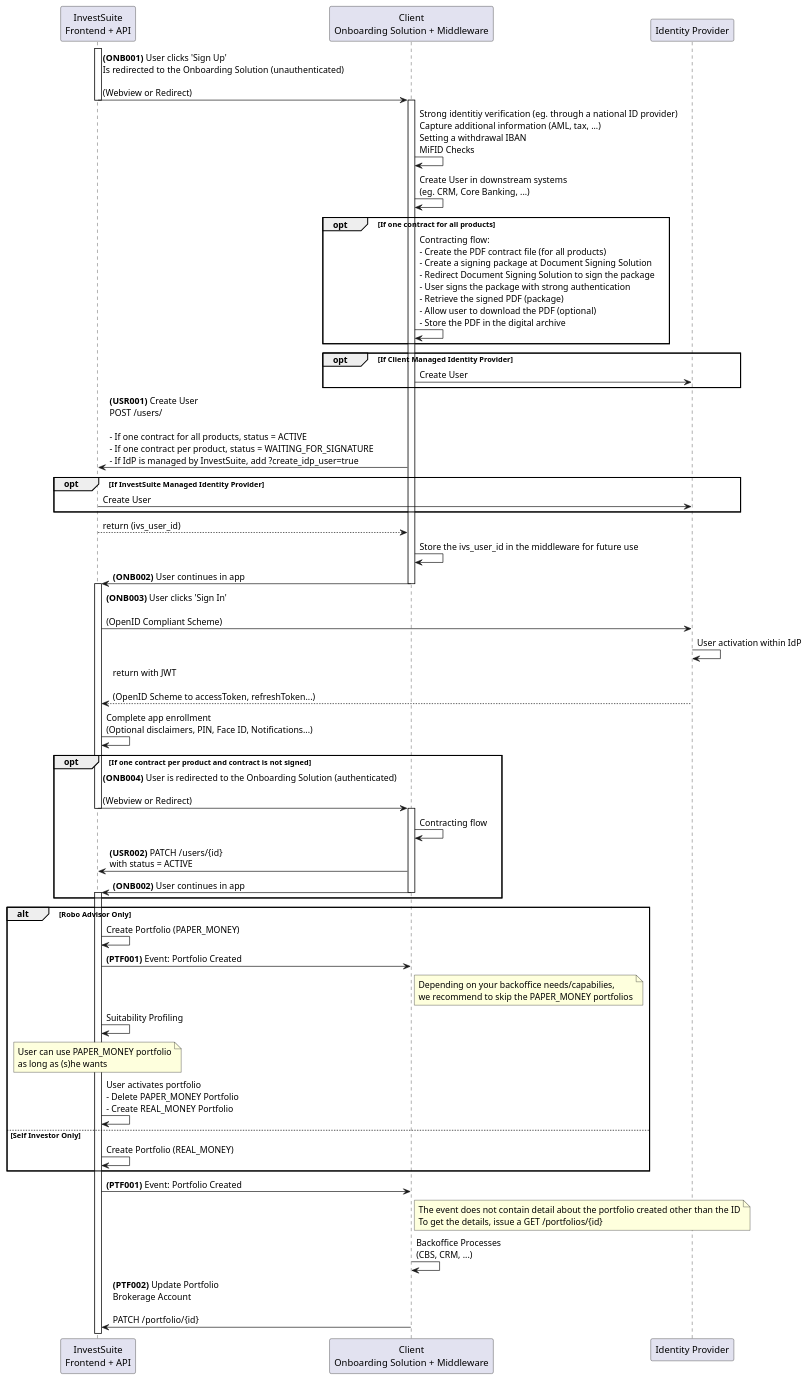
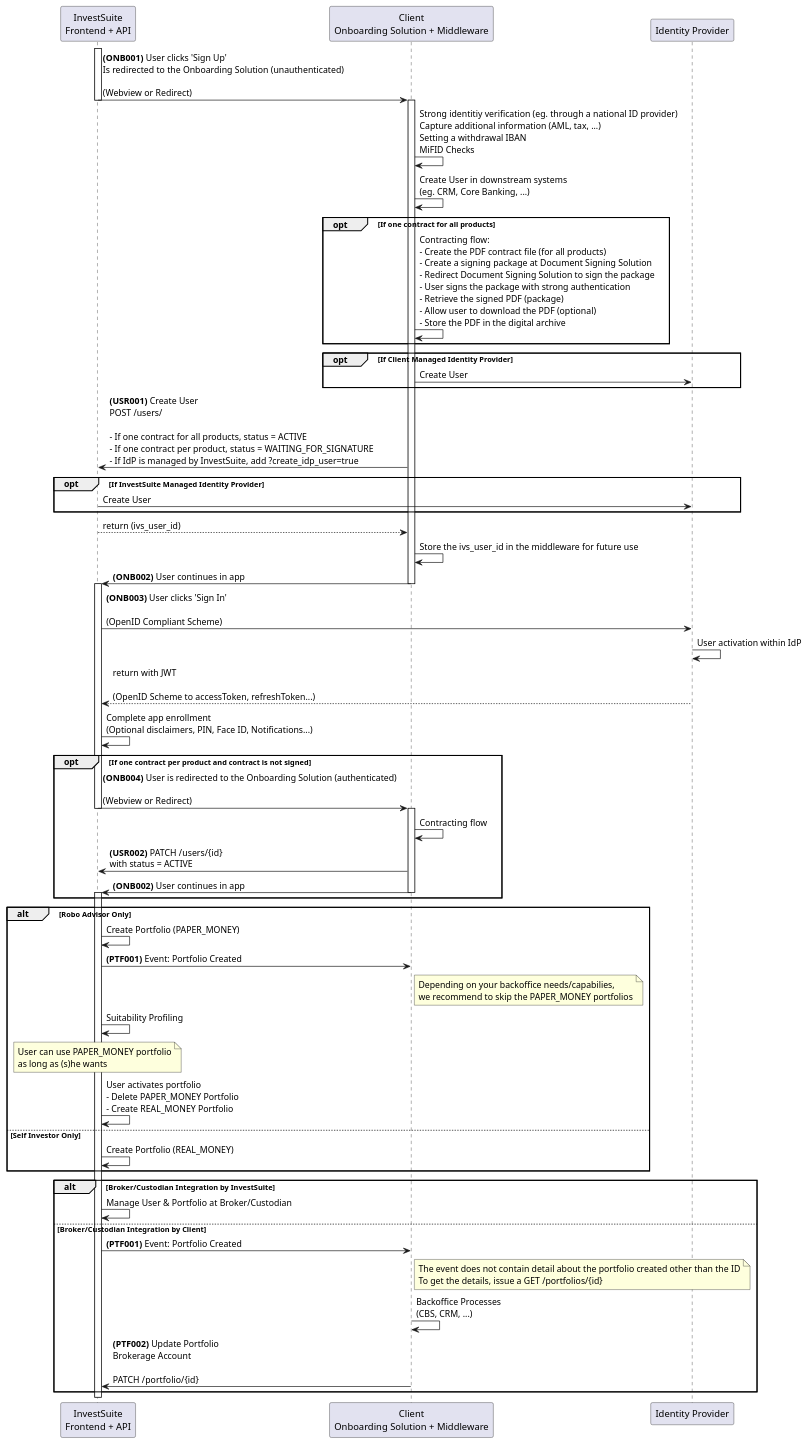
One commit to arcilli/investsuite-api-docs changed the diagram in scenarios/onboarding.puml. Above: the diagram before and after it, drawn with PlantUML. The commit also changed other lines of this file and 4 other files, not shown here.

```diff
--- a/scenarios/onboarding.puml
+++ b/scenarios/onboarding.puml
@@ -1,77 +1,80 @@
 participant "InvestSuite\nFrontend + API" as _ivs
 participant "Client\nOnboarding Solution + Middleware" as _clt
 participant "Identity Provider" as _idp
 
 activate _ivs
 
 _ivs->_clt:**(ONB001)** User clicks 'Sign Up'\nIs redirected to the Onboarding Solution (unauthenticated)\n\n(Webview or Redirect)
 
 deactivate _ivs
 
 activate _clt
 
 _clt->_clt:Strong identitiy verification (eg. through a national ID provider)\nCapture additional information (AML, tax, ...)\nSetting a withdrawal IBAN\nMiFID Checks
 _clt->_clt:Create User in downstream systems\n(eg. CRM, Core Banking, ...)
 
 opt If one contract for all products
     _clt->_clt:Contracting flow:\n- Create the PDF contract file (for all products)\n- Create a signing package at Document Signing Solution\n- Redirect Document Signing Solution to sign the package\n- User signs the package with strong authentication\n- Retrieve the signed PDF (package)\n- Allow user to download the PDF (optional)\n- Store the PDF in the digital archive
 end
 
 opt If Client Managed Identity Provider
     _clt->_idp:Create User
 end
 
 _clt->_ivs:**(USR001)** Create User\nPOST /users/\n\n- If one contract for all products, status = ACTIVE\n- If one contract per product, status = WAITING_FOR_SIGNATURE\n- If IdP is managed by InvestSuite, add ?create_idp_user=true
 
 opt If InvestSuite Managed Identity Provider
     _ivs->_idp:Create User
 end
 
 _clt<--_ivs:return (ivs_user_id)
 _clt->_clt:Store the ivs_user_id in the middleware for future use
 _ivs<-_clt:**(ONB002)** User continues in app
 
 deactivate _clt
 activate _ivs
 
 _ivs->_idp:**(ONB003)** User clicks 'Sign In'\n\n(OpenID Compliant Scheme)
 
 _idp->_idp:User activation within IdP
 
 _ivs<--_idp:return with JWT\n\n(OpenID Scheme to accessToken, refreshToken...)
 
 _ivs->_ivs:Complete app enrollment\n(Optional disclaimers, PIN, Face ID, Notifications...)
 
 opt If one contract per product and contract is not signed
 
 
 _ivs->_clt:**(ONB004)** User is redirected to the Onboarding Solution (authenticated)\n\n(Webview or Redirect)
 deactivate _ivs
 activate _clt
 _clt->_clt:Contracting flow
 _ivs<-_clt:**(USR002)** PATCH /users/{id}\nwith status = ACTIVE
 
 _ivs<-_clt:**(ONB002)** User continues in app
 deactivate _clt
 activate _ivs
 end
 
 
 
 alt Robo Advisor Only
-_ivs->_ivs:Create Portfolio (PAPER_MONEY)
-_ivs->_clt:**(PTF001)** Event: Portfolio Created
-note right of _clt:Depending on your backoffice needs/capabilies, \nwe recommend to skip the PAPER_MONEY portfolios
-_ivs->_ivs:Suitability Profiling
-note over _ivs:User can use PAPER_MONEY portfolio\nas long as (s)he wants
-_ivs->_ivs:User activates portfolio\n- Delete PAPER_MONEY Portfolio\n- Create REAL_MONEY Portfolio
-
+    _ivs->_ivs:Create Portfolio (PAPER_MONEY)
+    _ivs->_clt:**(PTF001)** Event: Portfolio Created
+    note right of _clt:Depending on your backoffice needs/capabilies, \nwe recommend to skip the PAPER_MONEY portfolios
+    _ivs->_ivs:Suitability Profiling
+    note over _ivs:User can use PAPER_MONEY portfolio\nas long as (s)he wants
+    _ivs->_ivs:User activates portfolio\n- Delete PAPER_MONEY Portfolio\n- Create REAL_MONEY Portfolio
 else Self Investor Only
-_ivs->_ivs:Create Portfolio (REAL_MONEY)
+    _ivs->_ivs:Create Portfolio (REAL_MONEY)
 
 end
 
-_ivs->_clt:**(PTF001)** Event: Portfolio Created
-note right of _clt:The event does not contain detail about the portfolio created other than the ID\nTo get the details, issue a GET /portfolios/{id}
-_clt->_clt:Backoffice Processes\n(CBS, CRM, ...)
-_ivs<-_clt:**(PTF002)** Update Portfolio\nBrokerage Account\n\nPATCH /portfolio/{id}
+alt Broker/Custodian Integration by InvestSuite
+    _ivs -> _ivs: Manage User & Portfolio at Broker/Custodian
+else Broker/Custodian Integration by Client
+    _ivs->_clt:**(PTF001)** Event: Portfolio Created
+    note right of _clt:The event does not contain detail about the portfolio created other than the ID\nTo get the details, issue a GET /portfolios/{id}
+    _clt->_clt:Backoffice Processes\n(CBS, CRM, ...)
+    _ivs<-_clt:**(PTF002)** Update Portfolio\nBrokerage Account\n\nPATCH /portfolio/{id}
+end
```
